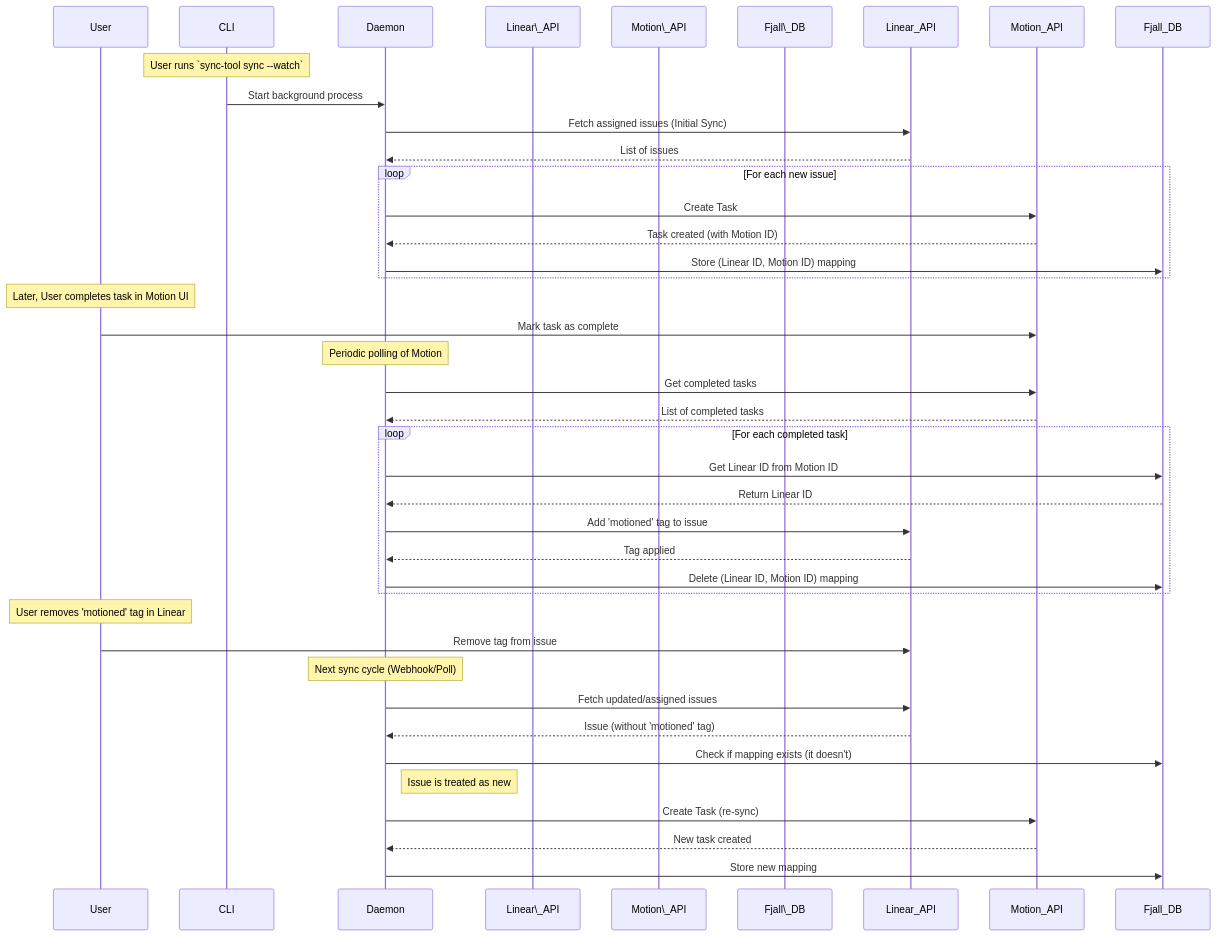
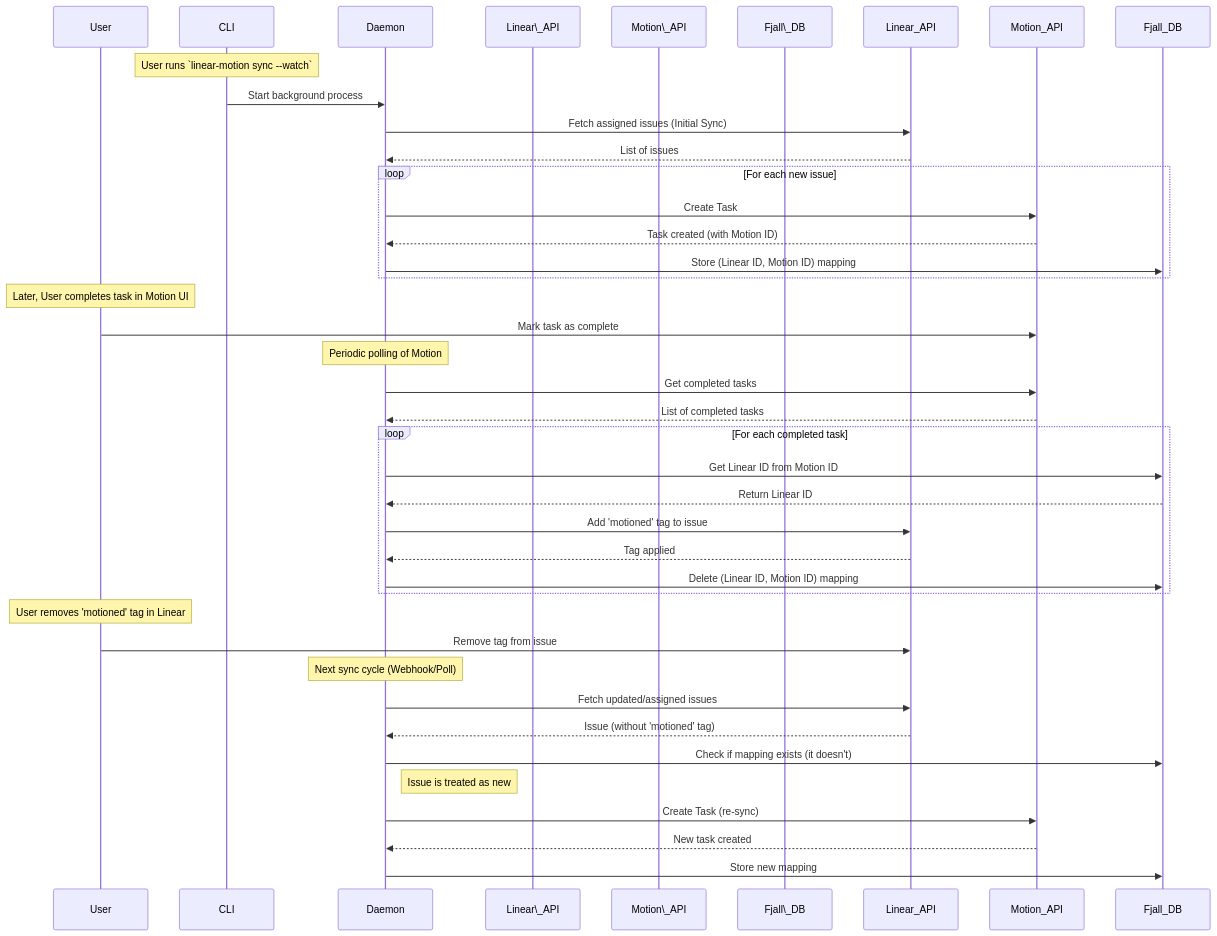
Before and after one commit to arlyon/linear-motion: the diagram in prd/version-one.md, drawn with Mermaid. The commit also changed other lines of this file and 4 other files, not shown here.

Commit message:
fix: make sure it is referenced as linear-motion everywhere

````diff
--- a/prd/version-one.md
+++ b/prd/version-one.md
@@ -135,46 +135,46 @@
 ```mermaid
 sequenceDiagram
 participant User
 participant CLI
 participant Daemon
 participant Linear\_API
 participant Motion\_API
 participant Fjall\_DB
 
-Note over CLI: User runs `sync-tool sync --watch`
+Note over CLI: User runs `linear-motion sync --watch`
 CLI->>Daemon: Start background process
 
 Daemon->>Linear_API: Fetch assigned issues (Initial Sync)
 Linear_API-->>Daemon: List of issues
 loop For each new issue
     Daemon->>Motion_API: Create Task
     Motion_API-->>Daemon: Task created (with Motion ID)
     Daemon->>Fjall_DB: Store (Linear ID, Motion ID) mapping
 end
 
 Note over User: Later, User completes task in Motion UI
 User->>Motion_API: Mark task as complete
 
 Note over Daemon: Periodic polling of Motion
 Daemon->>Motion_API: Get completed tasks
 Motion_API-->>Daemon: List of completed tasks
 loop For each completed task
     Daemon->>Fjall_DB: Get Linear ID from Motion ID
     Fjall_DB-->>Daemon: Return Linear ID
     Daemon->>Linear_API: Add 'motioned' tag to issue
     Linear_API-->>Daemon: Tag applied
     Daemon->>Fjall_DB: Delete (Linear ID, Motion ID) mapping
 end
 
 Note over User: User removes 'motioned' tag in Linear
 User->>Linear_API: Remove tag from issue
 
 Note over Daemon: Next sync cycle (Webhook/Poll)
 Daemon->>Linear_API: Fetch updated/assigned issues
 Linear_API-->>Daemon: Issue (without 'motioned' tag)
 Daemon->>Fjall_DB: Check if mapping exists (it doesn't)
 Note right of Daemon: Issue is treated as new
 Daemon->>Motion_API: Create Task (re-sync)
 Motion_API-->>Daemon: New task created
 Daemon->>Fjall_DB: Store new mapping
 ```
````
